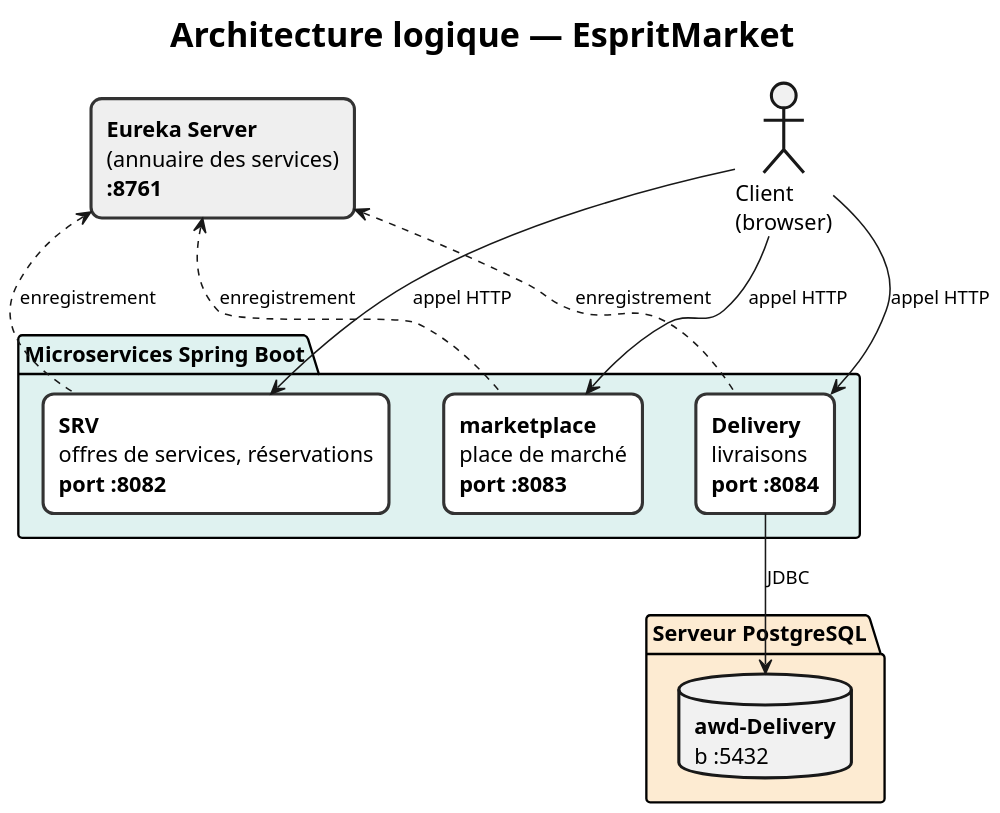
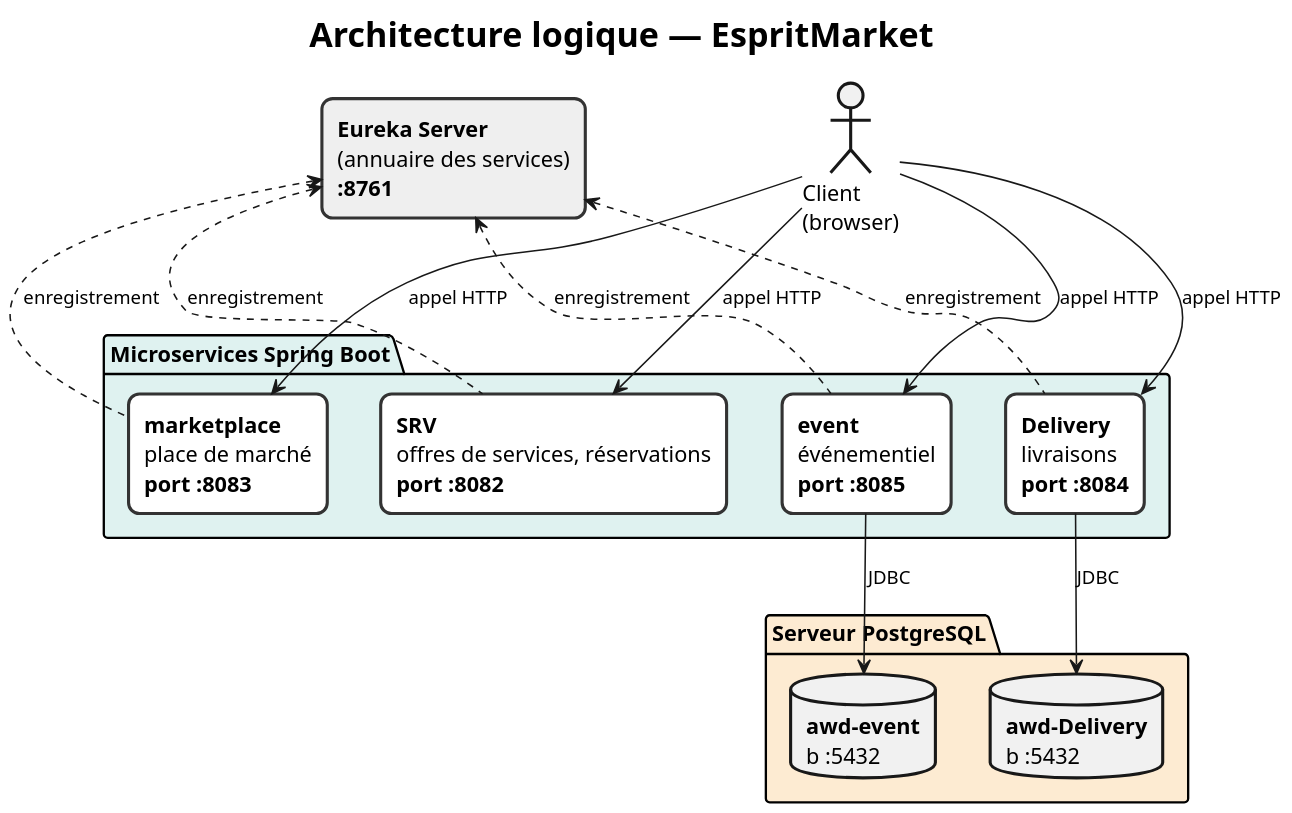
One commit to TheSphynxoid/AWD-EspritMarket changed the diagram in documentation/diag/architecture-logique.puml. Above: the diagram before and after it, drawn with PlantUML. The commit also changed 4 other files, not shown here.

Commit message:
Docs: add event microservice to tables, run steps and diagrams

```diff
--- a/documentation/diag/architecture-logique.puml
+++ b/documentation/diag/architecture-logique.puml
@@ -1,43 +1,48 @@
 @startuml architecture-logique
 
 title <size:22>**Architecture logique — EspritMarket**</size>
 
 skinparam dpi 150
 skinparam shadowing false
 skinparam defaultFontName "Segoe UI"
 skinparam rectangleRoundCorner 12
 skinparam packageRectangleRoundCorner 18
 skinparam ArrowFontSize 12
 skinparam TitleBorderThickness 2
 skinparam TitleBorderRoundCorner 14
 
 skinparam rectangle {
   BackgroundColor #FFFFFF
   BorderColor #333333
 }
 
 actor "Client\n(browser)" as Client
 
 rectangle "**Eureka Server**\n(annuaire des services)\n**:8761**" as EU #EFEFEF
 
 package "Microservices Spring Boot" #DFF2F0 {
   rectangle "**SRV**\noffres de services, réservations\n<b>port :8082</b>" as SRV
   rectangle "**marketplace**\nplace de marché\n<b>port :8083</b>" as MKT
   rectangle "**Delivery**\nlivraisons\n<b>port :8084</b>" as DEL
+  rectangle "**event**\névénementiel\n<b>port :8085</b>" as EVT
 }
 
 package "Serveur PostgreSQL" #FDEBD2 {
   database "**awd-Delivery**\nb :5432" as AWDDB
+  database "**awd-event**\nb :5432" as EVTDB
 }
 
 Client -down-> SRV : appel HTTP
 Client -down-> MKT : appel HTTP
 Client -down-> DEL : appel HTTP
+Client -down-> EVT : appel HTTP
 
 SRV .up.> EU : enregistrement
 MKT .up.> EU : enregistrement
 DEL .up.> EU : enregistrement
+EVT .up.> EU : enregistrement
 
 DEL -down-> AWDDB : JDBC
+EVT -down-> EVTDB : JDBC
 
 @enduml
```
